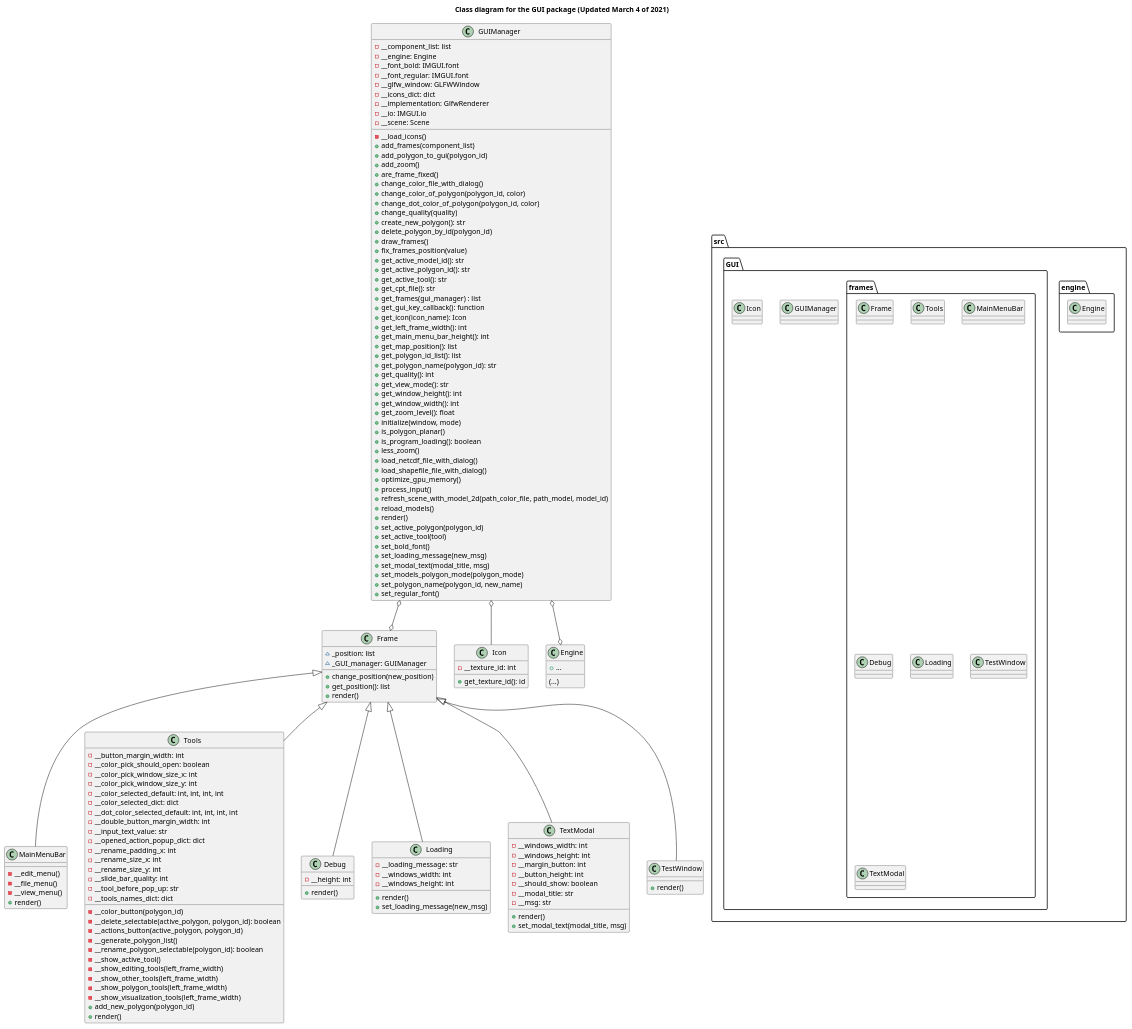
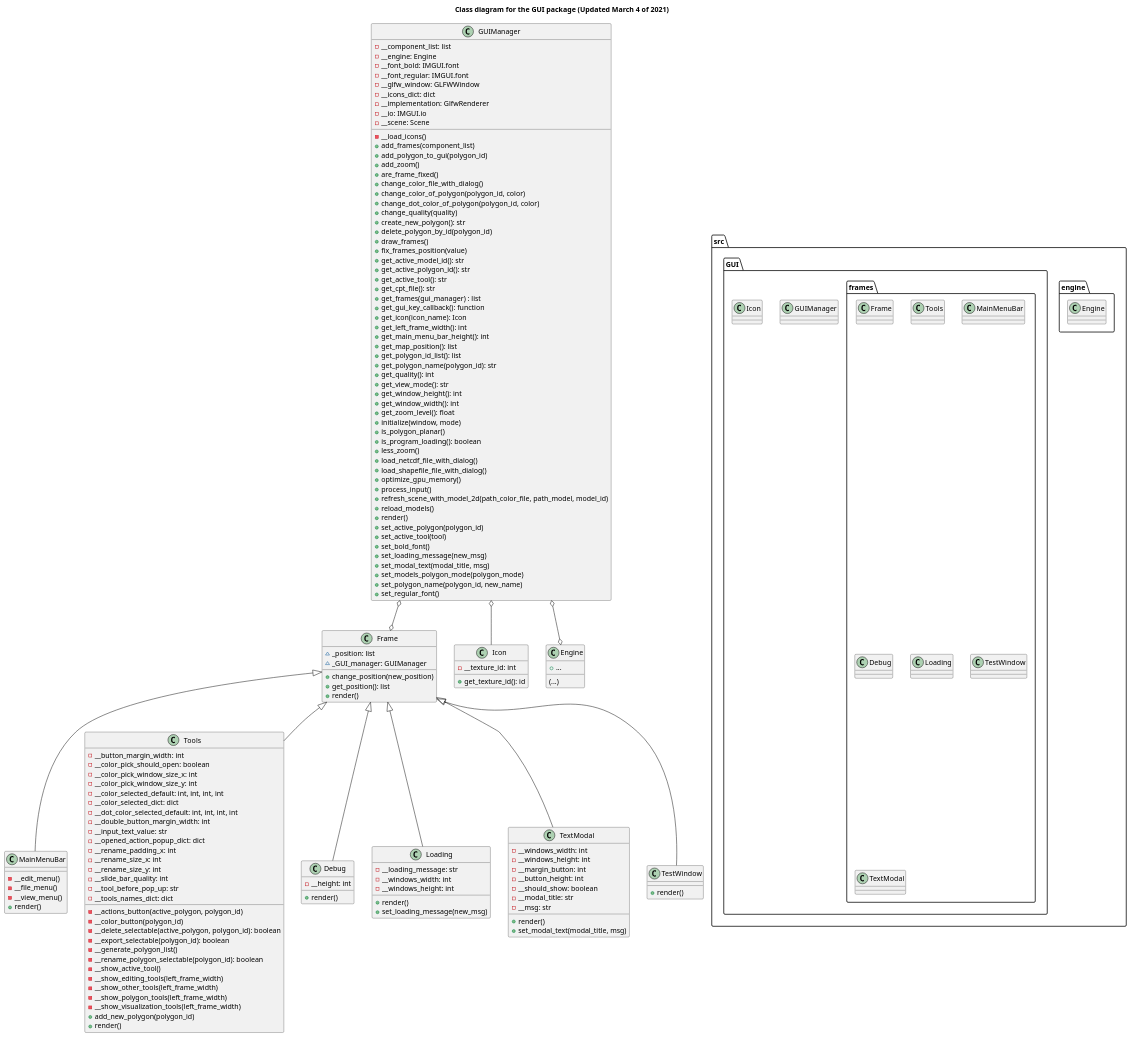
Before and after one commit to ferpoble2/Relief_Creator: the diagram in docs/gui_package.puml, drawn with PlantUML. The commit also changed 1 other file, not shown here.

Commit message:
Added new option to the actions that one person can do to the polygons.
Added the option to export the polygon to shapefile file (logic not implemented yet)

```diff
--- a/docs/gui_package.puml
+++ b/docs/gui_package.puml
@@ -1,193 +1,194 @@
 @startuml
 'https://plantuml.com/class-diagram
 
 title Class diagram for the GUI package (Updated March 4 of 2021)
 
 package src {
 
     package engine {
         class Engine
     }
 
     package GUI{
         class GUIManager
         class Icon
 
         package frames {
             class Frame
             class Tools
             class MainMenuBar
             class Debug
             class Loading
             class TestWindow
             class TextModal
         }
     }
 }
 
 class GUIManager{
     - __component_list: list
     - __engine: Engine
     - __font_bold: IMGUI.font
     - __font_regular: IMGUI.font
     - __glfw_window: GLFWWindow
     - __icons_dict: dict
     - __implementation: GlfwRenderer
     - __io: IMGUI.io
     - __scene: Scene
 
     - __load_icons()
     + add_frames(component_list)
     + add_polygon_to_gui(polygon_id)
     + add_zoom()
     + are_frame_fixed()
     + change_color_file_with_dialog()
     + change_color_of_polygon(polygon_id, color)
     + change_dot_color_of_polygon(polygon_id, color)
     + change_quality(quality)
     + create_new_polygon(): str
     + delete_polygon_by_id(polygon_id)
     + draw_frames()
     + fix_frames_position(value)
     + get_active_model_id(): str
     + get_active_polygon_id(): str
     + get_active_tool(): str
     + get_cpt_file(): str
     + get_frames(gui_manager) : list
     + get_gui_key_callback(): function
     + get_icon(icon_name): Icon
     + get_left_frame_width(): int
     + get_main_menu_bar_height(): int
     + get_map_position(): list
     + get_polygon_id_list(): list
     + get_polygon_name(polygon_id): str
     + get_quality(): int
     + get_view_mode(): str
     + get_window_height(): int
     + get_window_width(): int
     + get_zoom_level(): float
     + initialize(window, mode)
     + is_polygon_planar()
     + is_program_loading(): boolean
     + less_zoom()
     + load_netcdf_file_with_dialog()
     + load_shapefile_file_with_dialog()
     + optimize_gpu_memory()
     + process_input()
     + refresh_scene_with_model_2d(path_color_file, path_model, model_id)
     + reload_models()
     + render()
     + set_active_polygon(polygon_id)
     + set_active_tool(tool)
     + set_bold_font()
     + set_loading_message(new_msg)
     + set_modal_text(modal_title, msg)
     + set_models_polygon_mode(polygon_mode)
     + set_polygon_name(polygon_id, new_name)
     + set_regular_font()
 }
 
 class Icon{
 
     - __texture_id: int
 
     + get_texture_id(): id
 }
 
 
 class Frame {
     ~ _position: list
     ~ _GUI_manager: GUIManager
 
     + change_position(new_position)
     + get_position(): list
     + render()
 }
 
 class MainMenuBar {
     - __edit_menu()
     - __file_menu()
     - __view_menu()
     + render()
 }
 
 class Tools {
     - __button_margin_width: int
     - __color_pick_should_open: boolean
     - __color_pick_window_size_x: int
     - __color_pick_window_size_y: int
     - __color_selected_default: int, int, int, int
     - __color_selected_dict: dict
     - __dot_color_selected_default: int, int, int, int
     - __double_button_margin_width: int
     - __input_text_value: str
     - __opened_action_popup_dict: dict
     - __rename_padding_x: int
     - __rename_size_x: int
     - __rename_size_y: int
     - __slide_bar_quality: int
     - __tool_before_pop_up: str
     - __tools_names_dict: dict
 
 
+    - __actions_button(active_polygon, polygon_id)
     - __color_button(polygon_id)
     - __delete_selectable(active_polygon, polygon_id): boolean
-    - __actions_button(active_polygon, polygon_id)
+    - __export_selectable(polygon_id): boolean
     - __generate_polygon_list()
     - __rename_polygon_selectable(polygon_id): boolean
     - __show_active_tool()
     - __show_editing_tools(left_frame_width)
     - __show_other_tools(left_frame_width)
     - __show_polygon_tools(left_frame_width)
     - __show_visualization_tools(left_frame_width)
     + add_new_polygon(polygon_id)
     + render()
 }
 
 class Debug {
     - __height: int
     + render()
 }
 
 class Loading {
     - __loading_message: str
     - __windows_width: int
     - __windows_height: int
     + render()
     + set_loading_message(new_msg)
 }
 
 class TextModal {
     - __windows_width: int
     - __windows_height: int
     - __margin_button: int
     - __button_height: int
     - __should_show: boolean
     - __modal_title: str
     - __msg: str
 
     + render()
     + set_modal_text(modal_title, msg)
 }
 
 class TestWindow {
     + render()
 }
 
 class Engine {
     + ...
     (...)
 }
 
 Debug -u-|> Frame
 Loading -u-|> Frame
 MainMenuBar -u-|> Frame
 TestWindow -u-|> Frame
 TextModal -u-|> Frame
 Tools -u-|> Frame
 
 GUIManager o-- Icon
 GUIManager o--o Frame
 GUIManager o--o Engine
 
 @enduml
```
